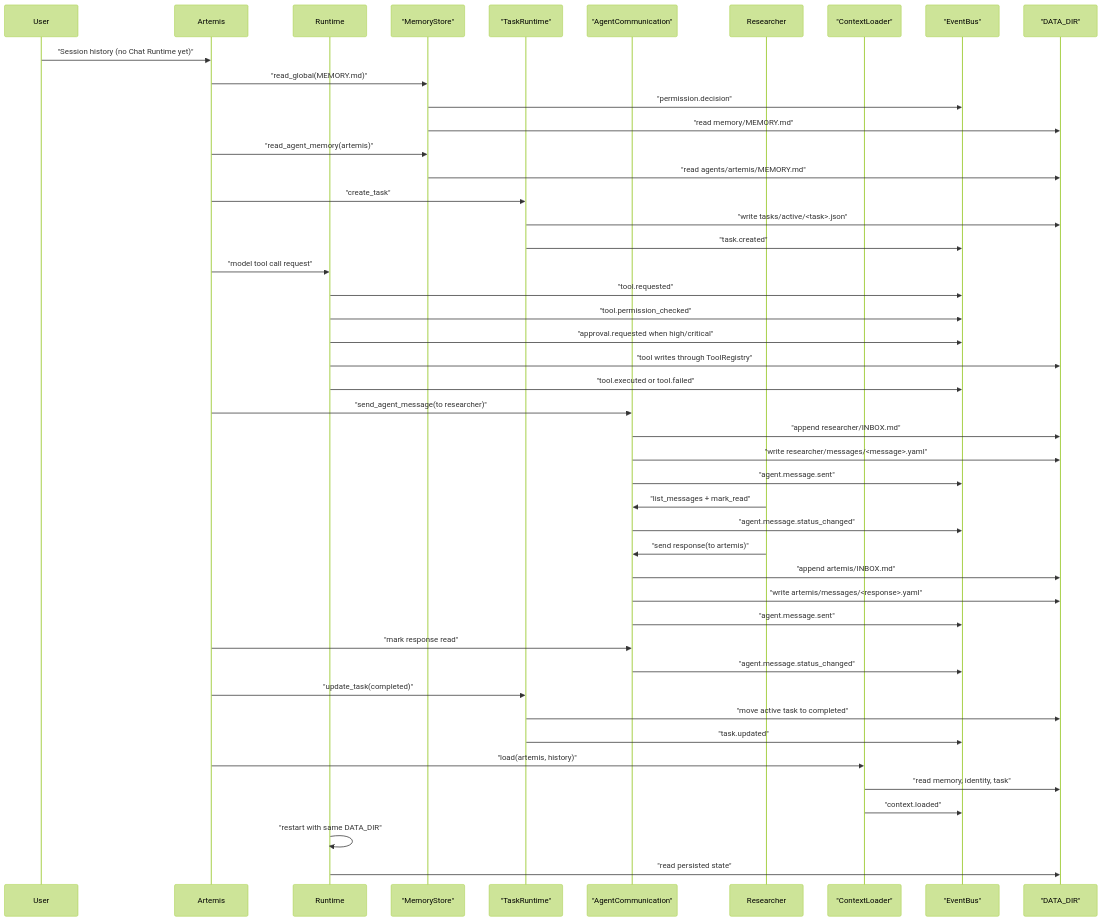
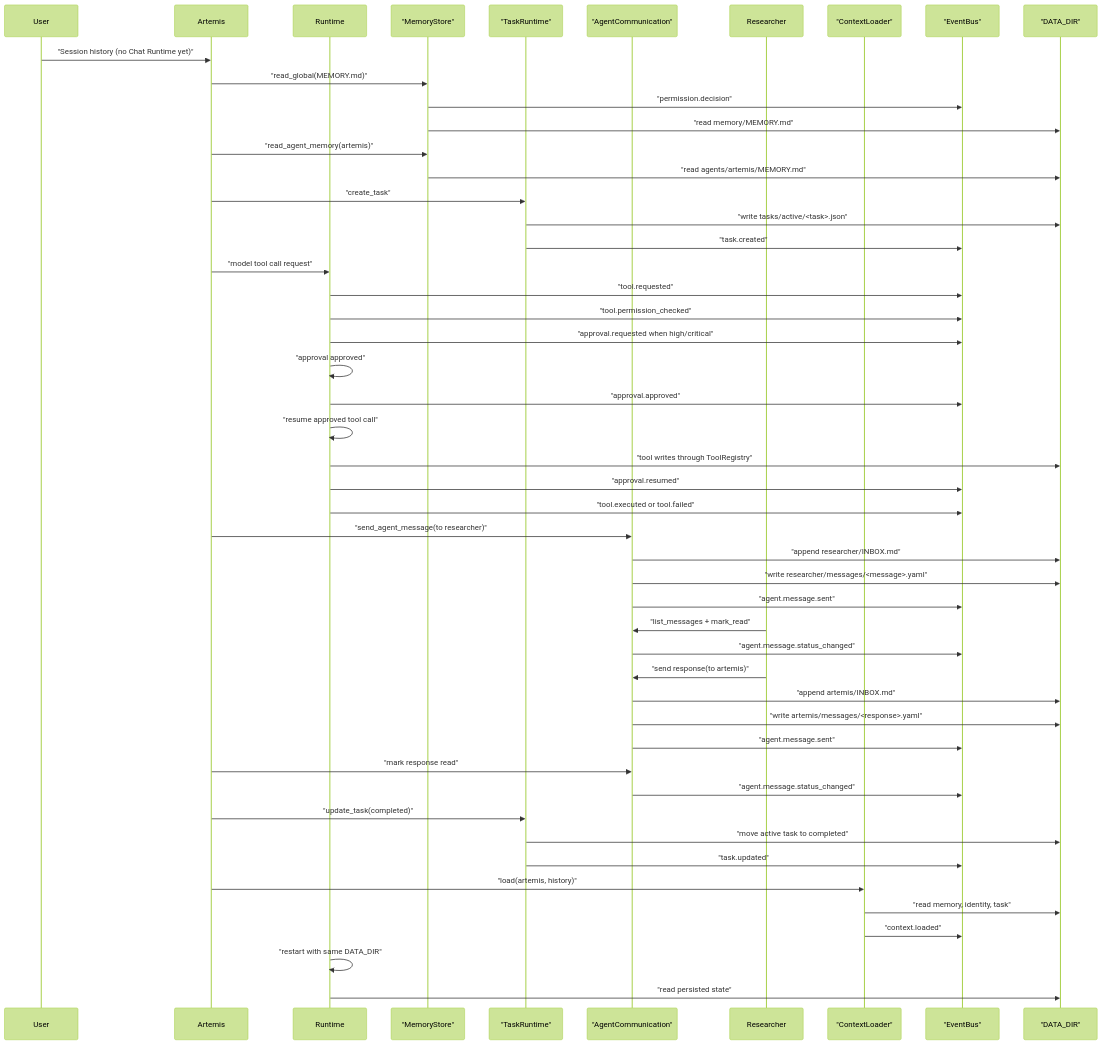
The diagram in docs/validation/runtime-walkthrough.md (xDynamo01/Synapse), drawn with Mermaid (forest theme) before and after one commit. The commit also changed other lines of this file and 13 other files, not shown here.

Commit message:
feat: add approval resume flow

````diff
--- a/docs/validation/runtime-walkthrough.md
+++ b/docs/validation/runtime-walkthrough.md
@@ -670,49 +679,53 @@
 ```mermaid
 sequenceDiagram
     participant User
     participant Artemis
     participant Runtime
     participant Memory as "MemoryStore"
     participant Tasks as "TaskRuntime"
     participant A2A as "AgentCommunication"
     participant Researcher
     participant Context as "ContextLoader"
     participant Events as "EventBus"
     participant Files as "DATA_DIR"
 
     User->>Artemis: "Session history (no Chat Runtime yet)"
     Artemis->>Memory: "read_global(MEMORY.md)"
     Memory->>Events: "permission.decision"
     Memory->>Files: "read memory/MEMORY.md"
     Artemis->>Memory: "read_agent_memory(artemis)"
     Memory->>Files: "read agents/artemis/MEMORY.md"
     Artemis->>Tasks: "create_task"
     Tasks->>Files: "write tasks/active/<task>.json"
     Tasks->>Events: "task.created"
     Artemis->>Runtime: "model tool call request"
     Runtime->>Events: "tool.requested"
     Runtime->>Events: "tool.permission_checked"
     Runtime->>Events: "approval.requested when high/critical"
+    Runtime->>Runtime: "approval approved"
+    Runtime->>Events: "approval.approved"
+    Runtime->>Runtime: "resume approved tool call"
     Runtime->>Files: "tool writes through ToolRegistry"
+    Runtime->>Events: "approval.resumed"
     Runtime->>Events: "tool.executed or tool.failed"
     Artemis->>A2A: "send_agent_message(to researcher)"
     A2A->>Files: "append researcher/INBOX.md"
     A2A->>Files: "write researcher/messages/<message>.yaml"
     A2A->>Events: "agent.message.sent"
     Researcher->>A2A: "list_messages + mark_read"
     A2A->>Events: "agent.message.status_changed"
     Researcher->>A2A: "send response(to artemis)"
     A2A->>Files: "append artemis/INBOX.md"
     A2A->>Files: "write artemis/messages/<response>.yaml"
     A2A->>Events: "agent.message.sent"
     Artemis->>A2A: "mark response read"
     A2A->>Events: "agent.message.status_changed"
     Artemis->>Tasks: "update_task(completed)"
     Tasks->>Files: "move active task to completed"
     Tasks->>Events: "task.updated"
     Artemis->>Context: "load(artemis, history)"
     Context->>Files: "read memory, identity, task"
     Context->>Events: "context.loaded"
     Runtime->>Runtime: "restart with same DATA_DIR"
     Runtime->>Files: "read persisted state"
 ```
````
